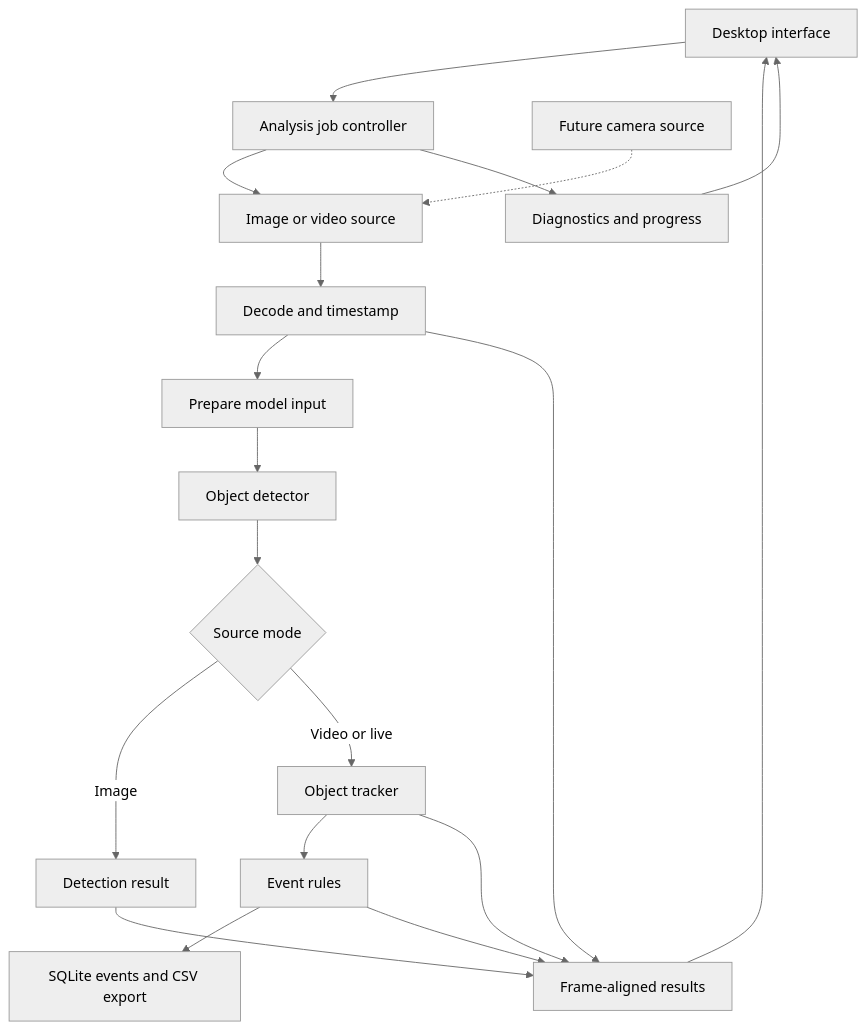
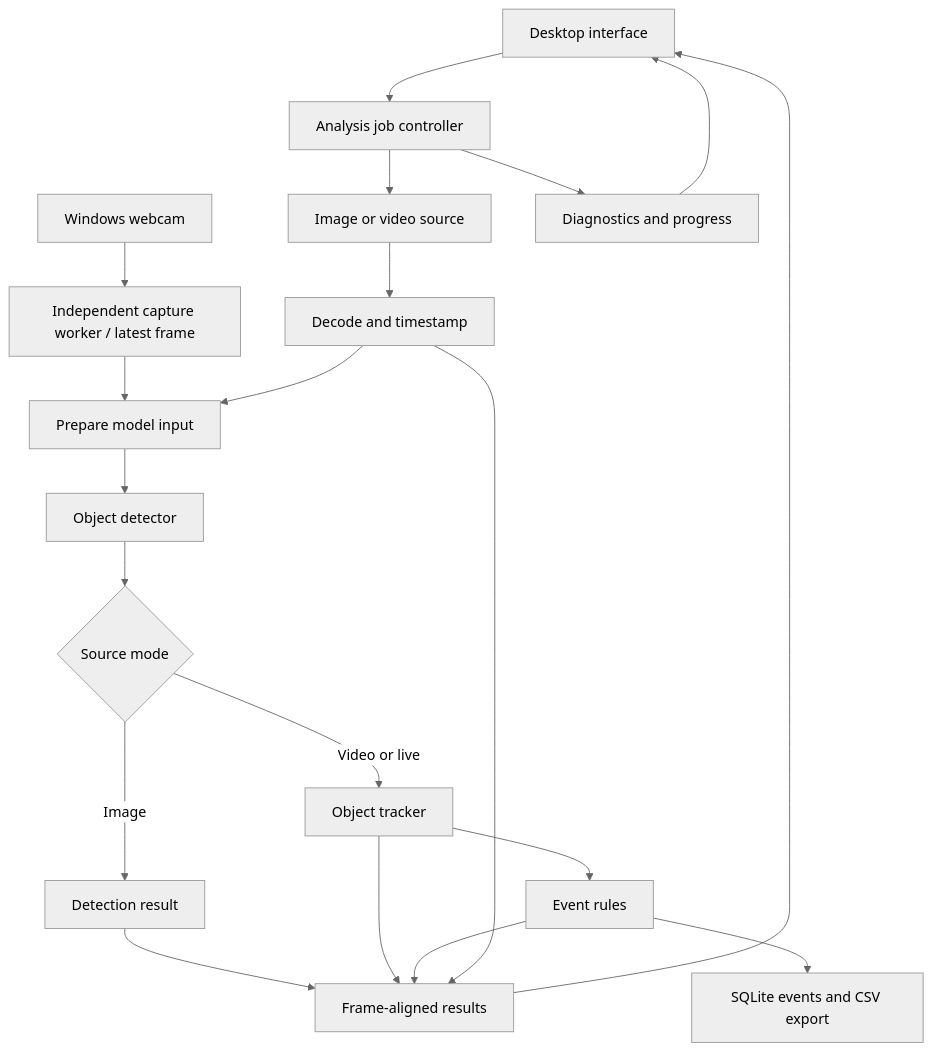
The diagram in docs/ARCHITECTURE.md (MogProgJ/FrameTrail), drawn with Mermaid (neutral theme) before and after one commit. The commit also changed other lines of this file and 22 other files, not shown here.

Commit message:
Add bounded live webcam analysis and smoother saved review

````diff
--- a/docs/ARCHITECTURE.md
+++ b/docs/ARCHITECTURE.md
@@ -9,21 +9,22 @@
 ```mermaid
 flowchart TD
     UI[Desktop interface] --> JOB[Analysis job controller]
     JOB --> SRC[Image or video source]
-    LIVE[Future camera source] -.-> SRC
+    LIVE[Windows webcam] --> CAP[Independent capture worker / latest frame]
+    CAP --> PRE
     SRC --> DEC[Decode and timestamp]
     DEC --> PRE[Prepare model input]
     PRE --> DET[Object detector]
     DET --> MODE{Source mode}
     MODE -->|Image| IMG[Detection result]
     MODE -->|Video or live| TRK[Object tracker]
     TRK --> EVT[Event rules]
     EVT --> STORE[SQLite events and CSV export]
     IMG --> OUT[Frame-aligned results]
     TRK --> OUT
     EVT --> OUT
     OUT --> UI
     DEC --> OUT
     JOB --> MET[Diagnostics and progress]
     MET --> UI
 ```
````
